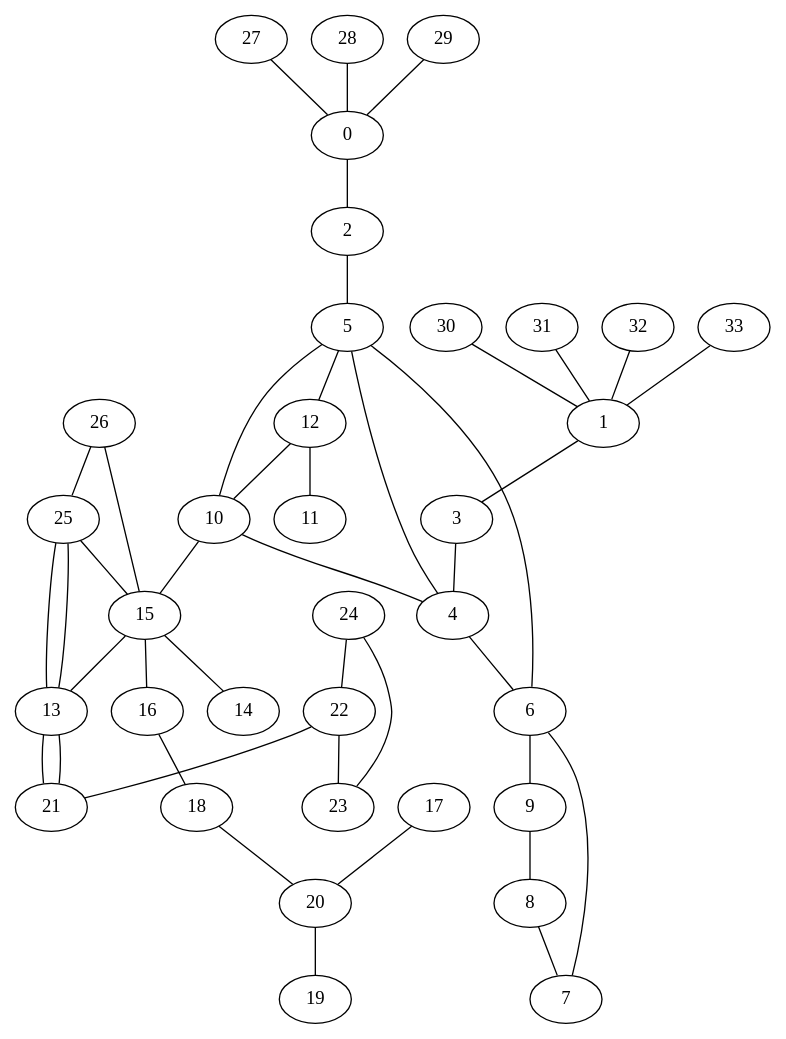
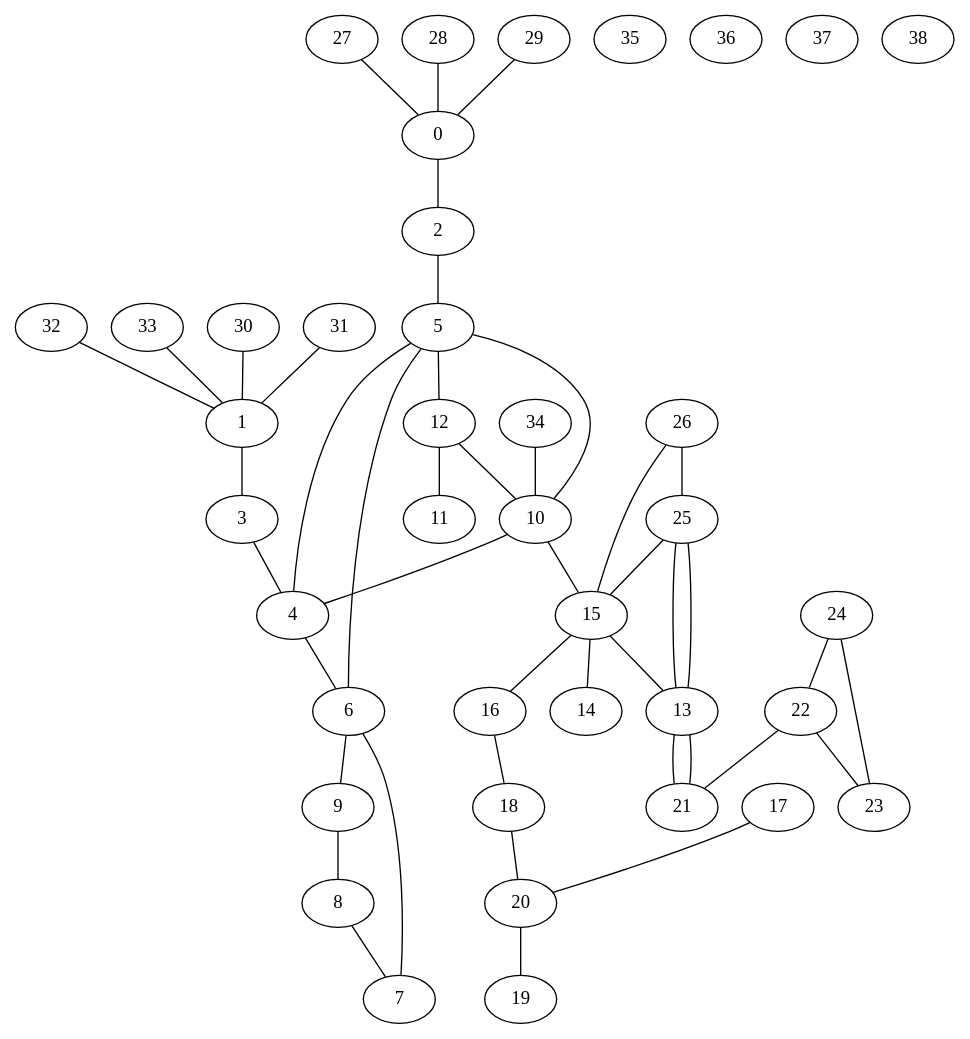
The diagram in se306_project1/test.dot (harrietrc/se306-project1), drawn with Graphviz before and after one commit. The commit also changed 1 other file, not shown here.

```diff
--- a/se306_project1/test.dot
+++ b/se306_project1/test.dot
@@ -1,78 +1,84 @@
 graph G {
 0;
 1;
 2;
 3;
 4;
 5;
 6;
 7;
 8;
 9;
 10;
 11;
 12;
 13;
 14;
 15;
 16;
 17;
 18;
 19;
 20;
 21;
 22;
 23;
 24;
 25;
 26;
 27;
 28;
 29;
 30;
 31;
 32;
 33;
+34;
+35;
+36;
+37;
+38;
 0--2 ;
 1--3 ;
 2--5 ;
 3--4 ;
 5--6 ;
 4--6 ;
 6--9 ;
 9--8 ;
 8--7 ;
 7--6 ;
 4--5 ;
 5--12 ;
 12--11 ;
 12--10 ;
 5--10 ;
 10--15 ;
 15--16 ;
 15--14 ;
 15--13 ;
 16--18 ;
 18--20 ;
 17--20 ;
 20--19 ;
 13--21 ;
 22--23 ;
 24--22 ;
 27--0 ;
 28--0 ;
 29--0 ;
 31--1 ;
 32--1 ;
 33--1 ;
 30--1 ;
 22--21 ;
 25--15 ;
 26--15 ;
 24--23 ;
 10--4 ;
 25--13 ;
 25--13 ;
 26--25 ;
 21--13 ;
+34--10 ;
 }
```
